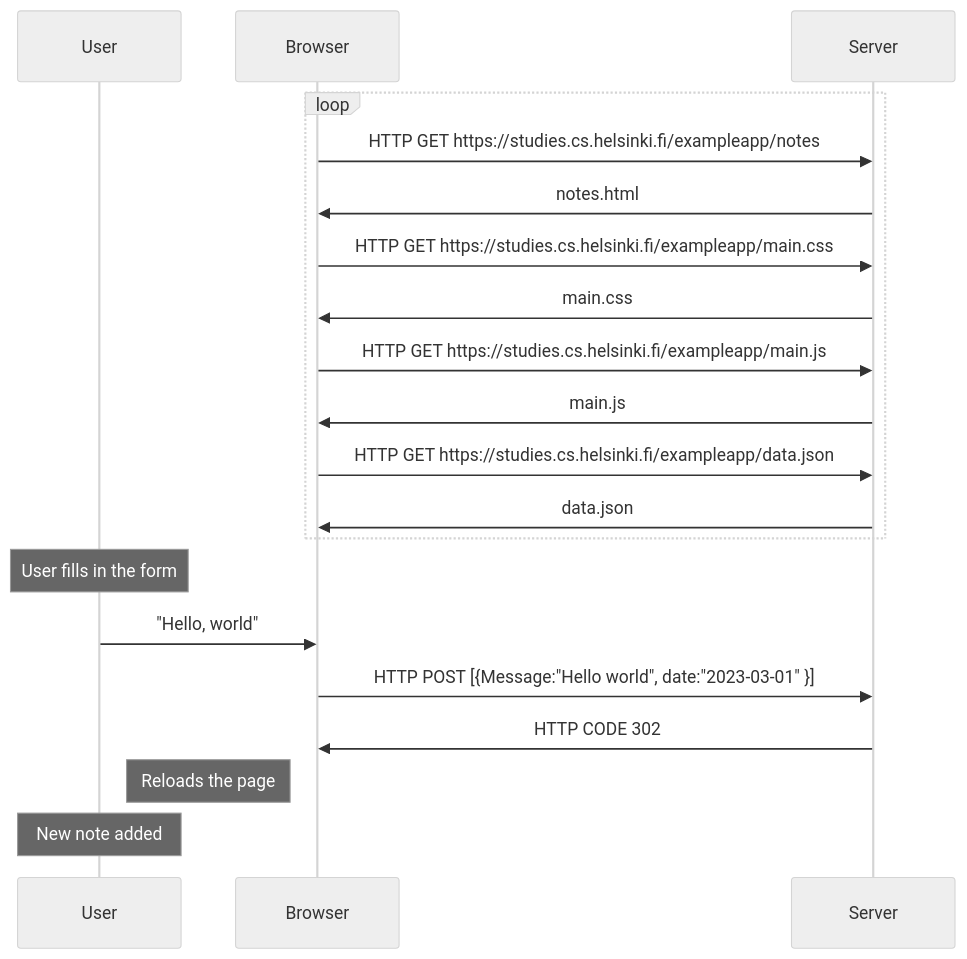
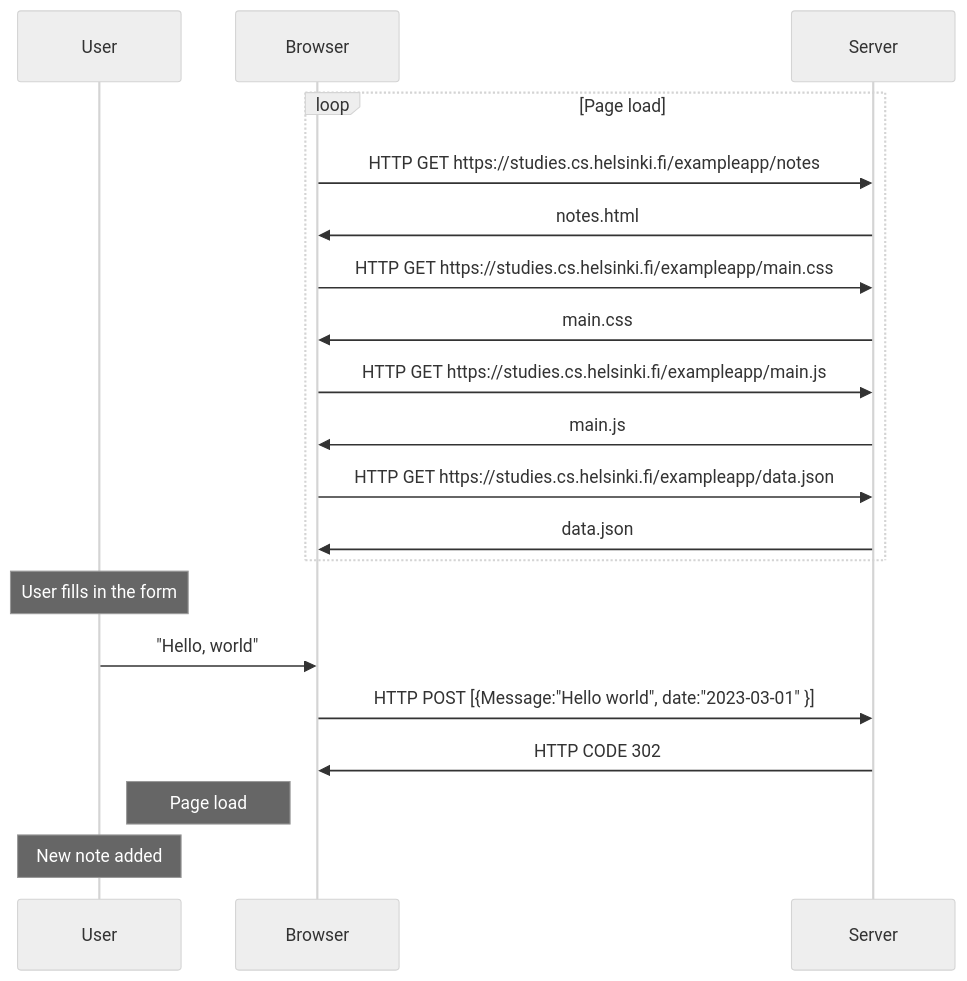
Before and after one commit to NicolasMonta1807/FullstackOpen: the diagram in Part 0b/NetworkTrace.mkd, drawn with Mermaid (neutral theme).

Commit message:
0.4 New Note Diagram

````diff
--- a/Part 0b/NetworkTrace.mkd
+++ b/Part 0b/NetworkTrace.mkd
@@ -1,20 +1,20 @@
 ```mermaid
 sequenceDiagram
 participant User
-loop
+loop Page load
 Browser->>Server: HTTP GET https://studies.cs.helsinki.fi/exampleapp/notes
 Server->>Browser: notes.html
 Browser->>Server: HTTP GET https://studies.cs.helsinki.fi/exampleapp/main.css
 Server->>Browser: main.css
 Browser->>Server: HTTP GET https://studies.cs.helsinki.fi/exampleapp/main.js
 Server->>Browser: main.js
 Browser->>Server: HTTP GET https://studies.cs.helsinki.fi/exampleapp/data.json
 Server->>Browser: data.json
 end
 note over User: User fills in the form
 User->>Browser: "Hello, world"
 Browser->>Server: HTTP POST [{Message:"Hello world", date:"2023-03-01" }]
 Server->>Browser: HTTP CODE 302
-note left of Browser: Reloads the page
+note left of Browser: Page load
 note over User: New note added
 ```
````
